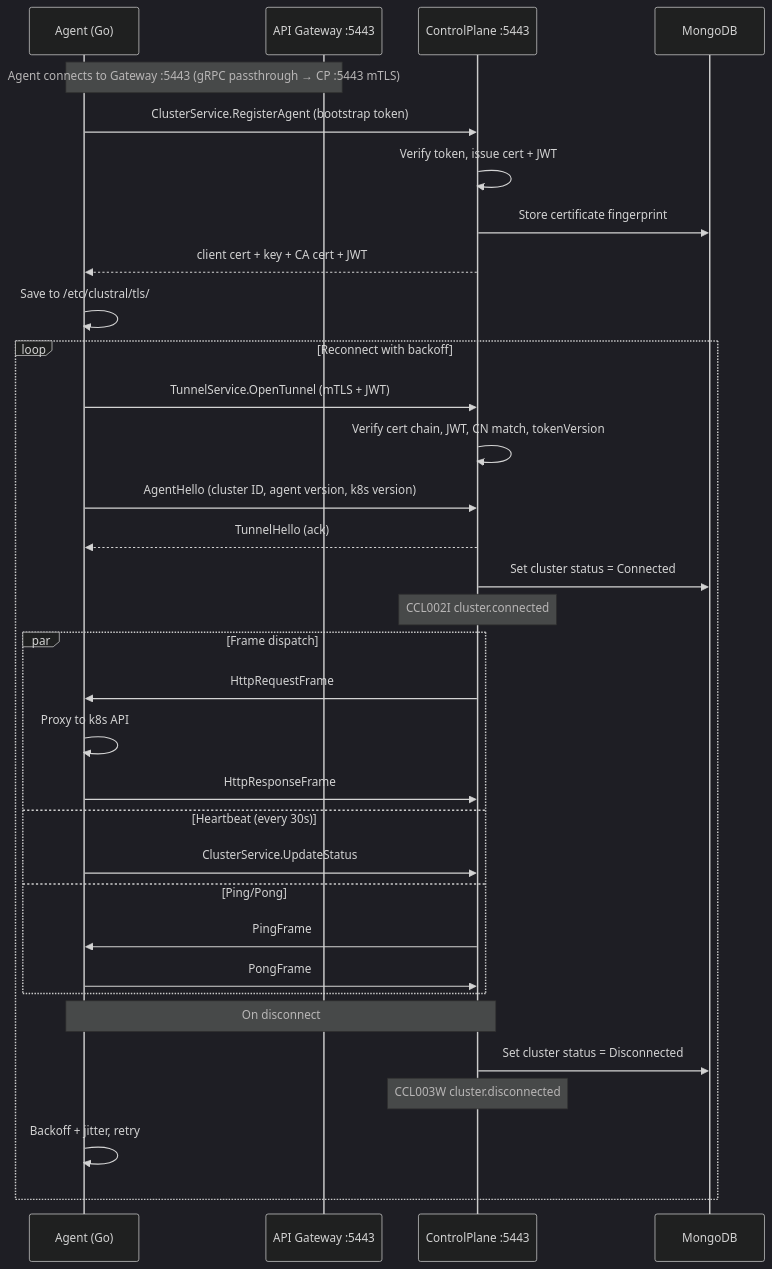
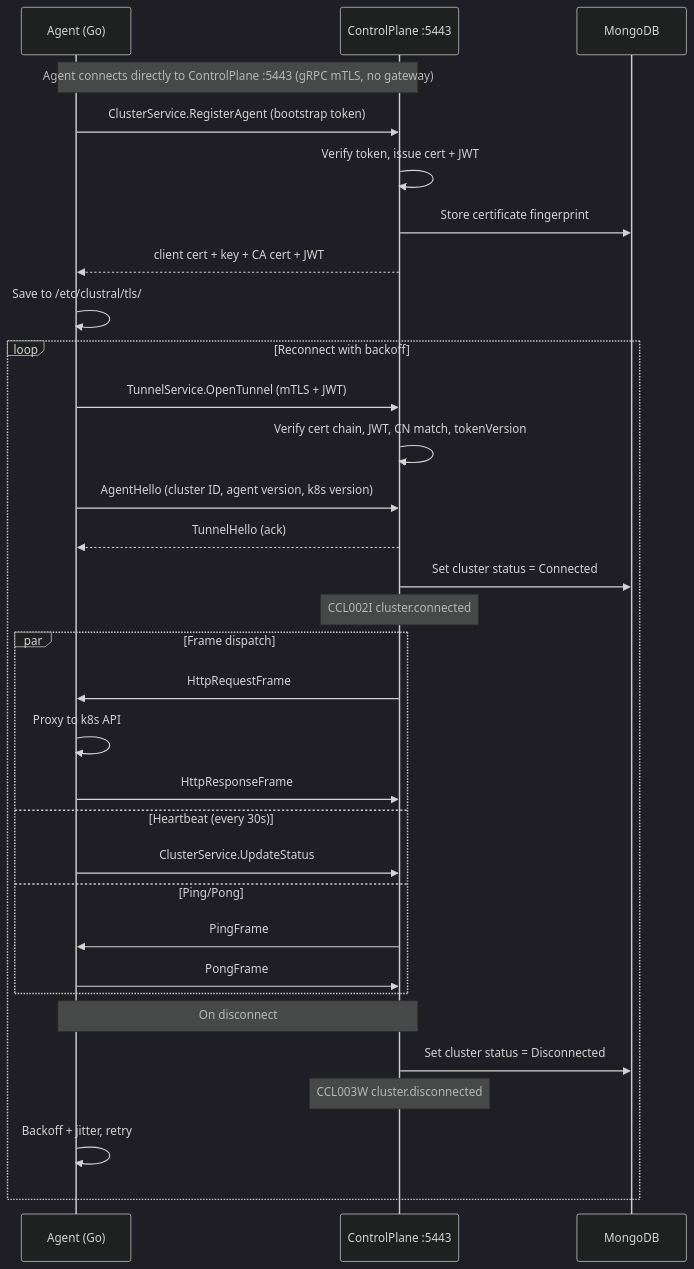
One commit to Clustral/clustral changed the fourth of 19 diagrams in README.md. Above: the diagram before and after it, drawn with Mermaid (dark theme). The commit also changed other lines of this file and 37 other files, not shown here.

First line of the commit message:
refactor: centralize OIDC config at gateway, remove from ControlPlane

````diff
--- a/README.md
+++ b/README.md
@@ -141,40 +140,39 @@
 ```mermaid
 sequenceDiagram
     participant Agent as Agent (Go)
-    participant GW as API Gateway :5443
     participant CP as ControlPlane :5443
     participant DB as MongoDB
 
-    Note over Agent,GW: Agent connects to Gateway :5443 (gRPC passthrough → CP :5443 mTLS)
+    Note over Agent,CP: Agent connects directly to ControlPlane :5443 (gRPC mTLS, no gateway)
 
     Agent->>CP: ClusterService.RegisterAgent (bootstrap token)
     CP->>CP: Verify token, issue cert + JWT
     CP->>DB: Store certificate fingerprint
     CP-->>Agent: client cert + key + CA cert + JWT
     Agent->>Agent: Save to /etc/clustral/tls/
 
     loop Reconnect with backoff
         Agent->>CP: TunnelService.OpenTunnel (mTLS + JWT)
         CP->>CP: Verify cert chain, JWT, CN match, tokenVersion
         Agent->>CP: AgentHello (cluster ID, agent version, k8s version)
         CP-->>Agent: TunnelHello (ack)
         CP->>DB: Set cluster status = Connected
         Note over CP: CCL002I cluster.connected
 
         par Frame dispatch
             CP->>Agent: HttpRequestFrame
             Agent->>Agent: Proxy to k8s API
             Agent->>CP: HttpResponseFrame
         and Heartbeat (every 30s)
             Agent->>CP: ClusterService.UpdateStatus
         and Ping/Pong
             CP->>Agent: PingFrame
             Agent->>CP: PongFrame
         end
 
         Note over Agent,CP: On disconnect
         CP->>DB: Set cluster status = Disconnected
         Note over CP: CCL003W cluster.disconnected
         Agent->>Agent: Backoff + jitter, retry
     end
 ```
````
